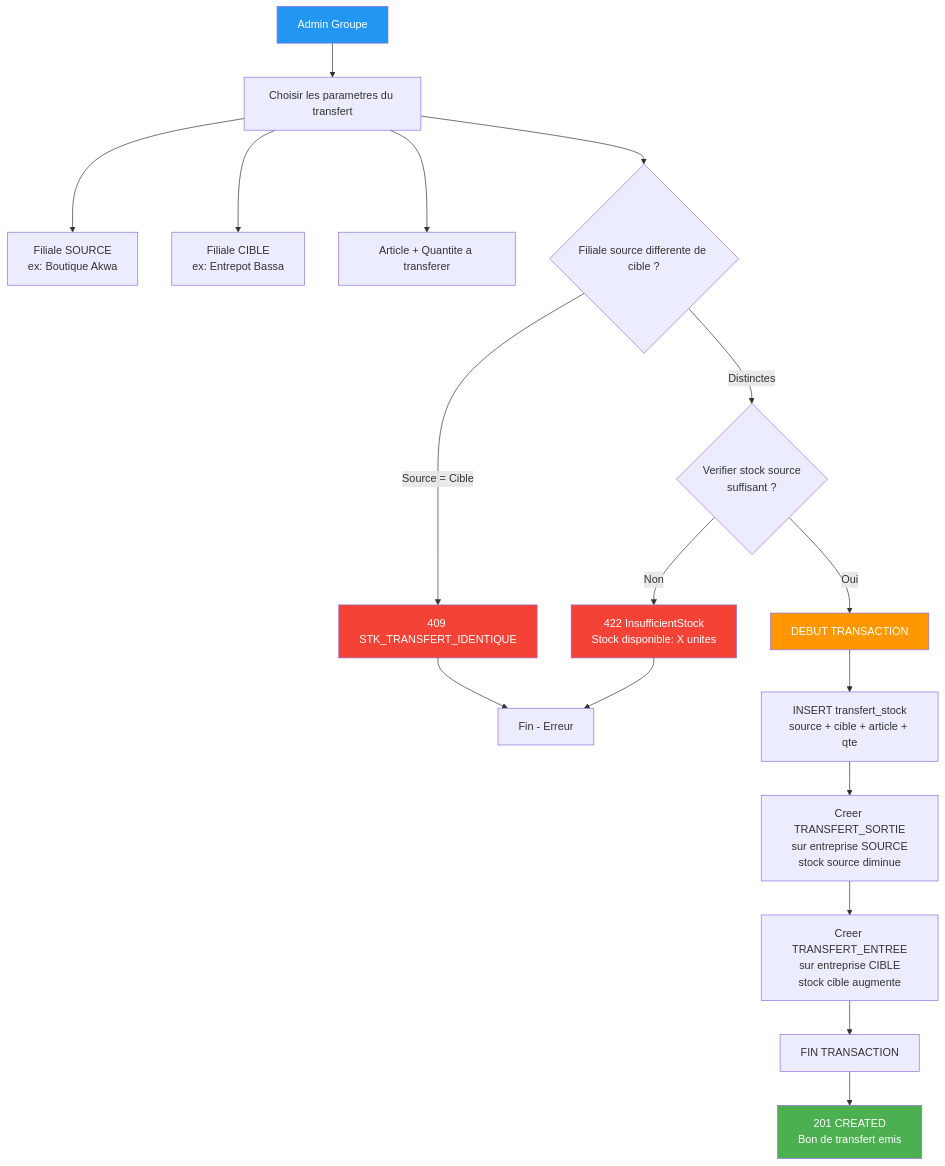
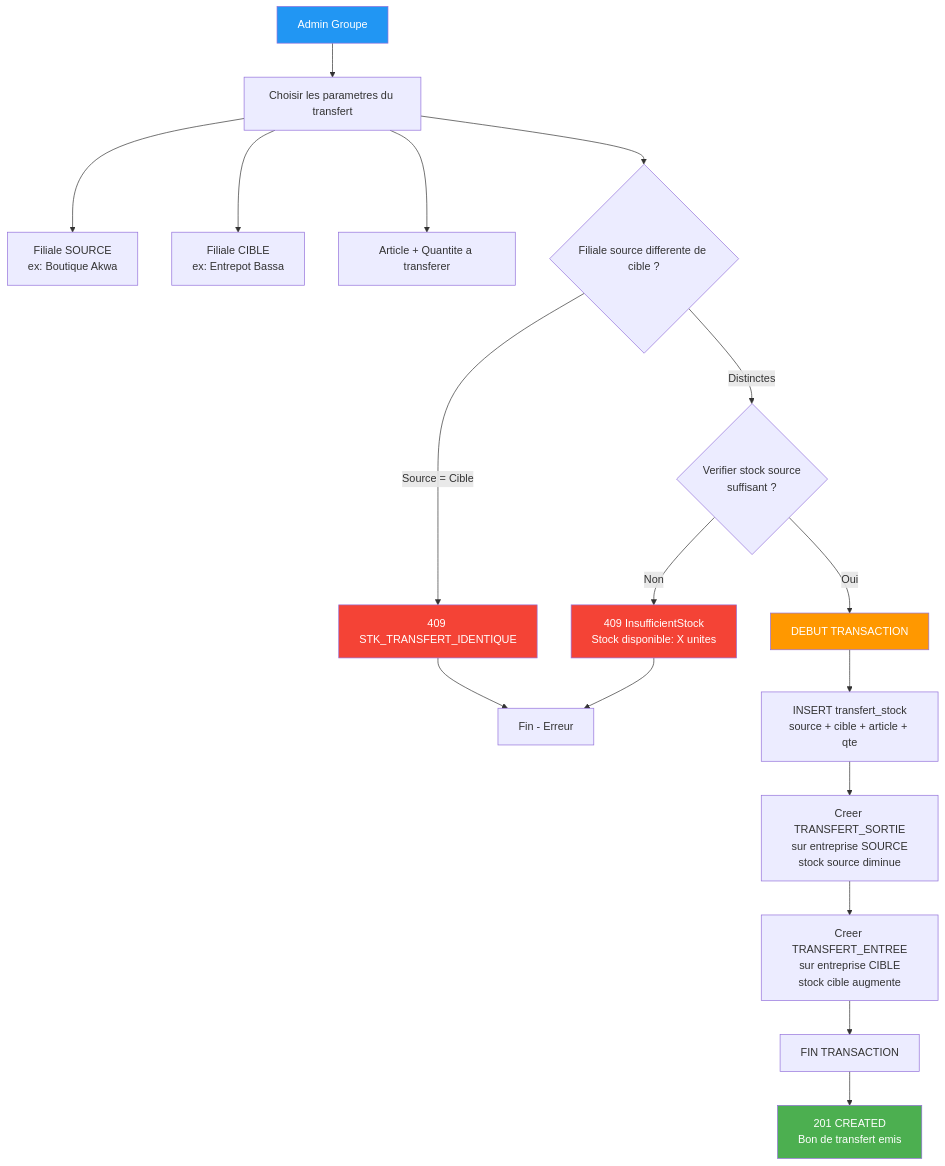
Before and after one commit to ulruchdev/gestion_de_stok_multifiliale: the first of 2 diagrams in document/diagrams/11-transferts-inter-filiales.md, drawn with Mermaid. The commit also changed 11 other files, not shown here.

````diff
--- a/document/diagrams/11-transferts-inter-filiales.md
+++ b/document/diagrams/11-transferts-inter-filiales.md
@@ -5,32 +5,32 @@
 ```mermaid
 graph TD
     Start[Admin Groupe] --> Select[Choisir les parametres du transfert]
     Select --> Source[Filiale SOURCE<br/>ex: Boutique Akwa]
     Select --> Target[Filiale CIBLE<br/>ex: Entrepot Bassa]
     Select --> Article[Article + Quantite a transferer]
 
     Select --> Validate{Filiale source differente de cible ?}
 
     Validate -->|Source = Cible| Error[409 STK_TRANSFERT_IDENTIQUE]
     Validate -->|Distinctes| CheckStock{Verifier stock source<br/>suffisant ?}
 
-    CheckStock -->|Non| ErrorStock[422 InsufficientStock<br/>Stock disponible: X unites]
+    CheckStock -->|Non| ErrorStock[409 InsufficientStock<br/>Stock disponible: X unites]
     CheckStock -->|Oui| Transaction[DEBUT TRANSACTION]
 
     Transaction --> Insert[INSERT transfert_stock<br/>source + cible + article + qte]
 
     Insert --> MvtSource[Creer TRANSFERT_SORTIE<br/>sur entreprise SOURCE<br/>stock source diminue]
     MvtSource --> MvtTarget[Creer TRANSFERT_ENTREE<br/>sur entreprise CIBLE<br/>stock cible augmente]
 
     MvtTarget --> Commit[FIN TRANSACTION]
     Commit --> Success[201 CREATED<br/>Bon de transfert emis]
 
     Error --> FinError[Fin - Erreur]
     ErrorStock --> FinError
 
     style Start fill:#2196F3,color:white
     style Error fill:#f44336,color:white
     style ErrorStock fill:#f44336,color:white
     style Success fill:#4CAF50,color:white
     style Transaction fill:#FF9800,color:white
 ```
````
